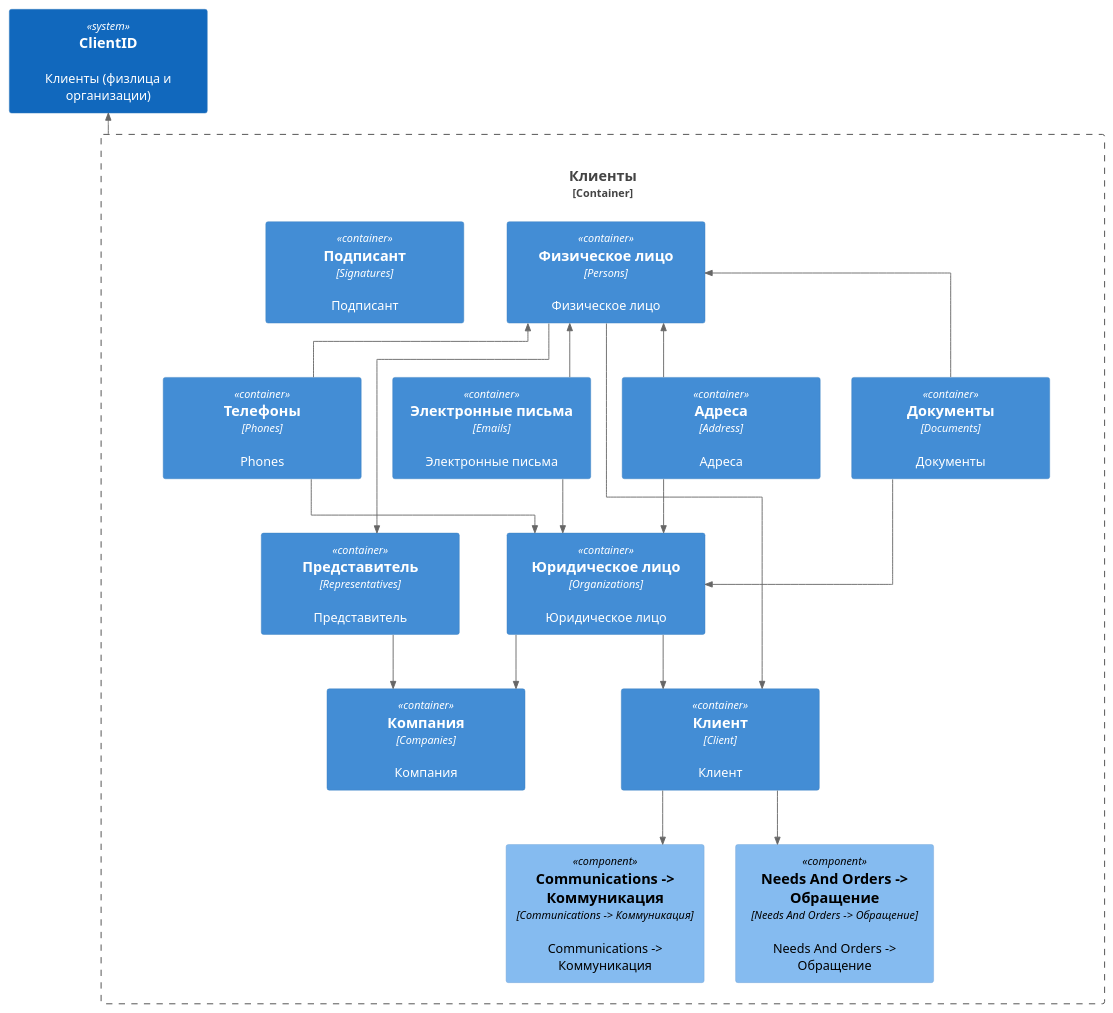
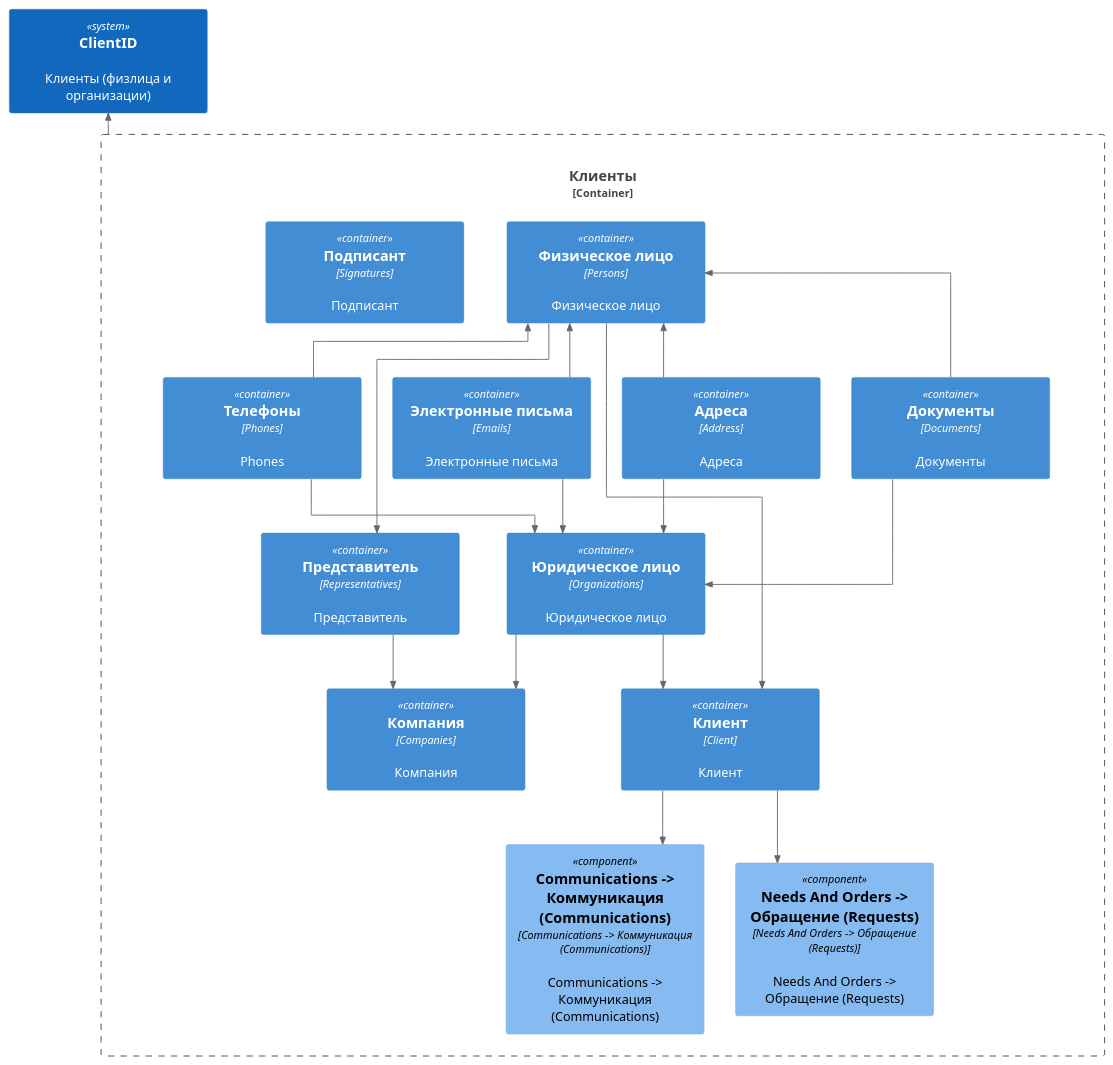
One commit to lulya31/some changed the diagram in static/05_01_07_01_img/clients.puml. Above: the diagram before and after it, drawn with PlantUML. The commit also changed other lines of this file and 5 other files, not shown here.

```diff
--- a/static/05_01_07_01_img/clients.puml
+++ b/static/05_01_07_01_img/clients.puml
@@ -4,62 +4,61 @@
 @startuml
 
 '!include https://raw.githubusercontent.com/plantuml-stdlib/C4-PlantUML/master/C4_Context.puml
 
 !include static/includes/c4_context.puml
 !include static/includes/c4_container.puml
 !include static/includes/c4_component.puml
 
 'skinparam svgLinkTarget _blank
 skinparam backgroundcolor transparent
 skinparam minClassWidth 200
 'skinparam linetype polyline
 skinparam linetype ortho
 
 LAYOUT_TOP_DOWN()
 
 System(clientid, "ClientID", "Клиенты (физлица и организации)", $link="/05_c4/01_core/07_clientid/")
 'System(clients, "Clients", "Клиенты")
-'Container(spa, "Single Page Application", "javascript and angular", "Provides all the internet banking functionality to customers via their web browser.")
 
 Container_Boundary(clients, "Клиенты") {
     Container(address, "Адреса", "Address", "Адреса")
     Container(documents, "Документы", "Documents", "Документы")
     Container(phones, "Телефоны", "Phones", "Phones")
     Container(emails, "Электронные письма", "Emails", "Электронные письма")
 
     Container(persons, "Физическое лицо", "Persons", "Физическое лицо")
     Container(organizations, "Юридическое лицо", "Organizations", "Юридическое лицо")
 
     Container(companies, "Компания", "Companies", "Компания")
     Container(representatives, "Представитель", "Representatives", "Представитель")
 
     Container(client, "Клиент", "Client", "Клиент")
-    Component(communications, "Communications -> Коммуникация", "Communications -> Коммуникация", "Communications -> Коммуникация", $link="/05_c4/01_core/04_communications/01_communication/")
-    Component(requests, "Needs And Orders -> Обращение", "Needs And Orders -> Обращение", "Needs And Orders -> Обращение", $link="/05_c4/01_core/03_needs_and_orders/01_requests/")
+    Component(communications, "Communications -> Коммуникация (Communications)", "Communications -> Коммуникация (Communications)", "Communications -> Коммуникация (Communications)", $link="/05_c4/01_core/04_communications/01_communication/")
+    Component(requests, "Needs And Orders -> Обращение (Requests)", "Needs And Orders -> Обращение (Requests)", "Needs And Orders -> Обращение (Requests)", $link="/05_c4/01_core/03_needs_and_orders/01_requests/")
 
     Container(signatures, "Подписант", "Signatures", "Подписант")
 
     Rel_U(address, persons, "")
     Rel_U(documents, persons, "")
     Rel_U(phones, persons, "")
     Rel_U(emails, persons, "")
 
     Rel_D(address, organizations, "")
     Rel_D(documents, organizations, "")
     Rel_D(phones, organizations, "")
     Rel_D(emails, organizations, "")
 
     Rel(persons, representatives, "")
     Rel(persons, client, "")
     Rel(organizations, client, "")
     Rel(organizations, companies, "")
 
     Rel(representatives, companies, "")
 
     Rel_D(client, communications, "")
     Rel_D(client, requests, "")
 }
 
 Rel_U(clients, clientid, "")
 
 @enduml
```
